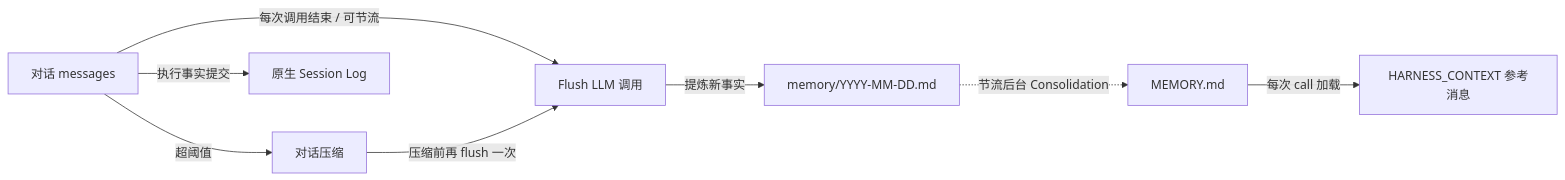
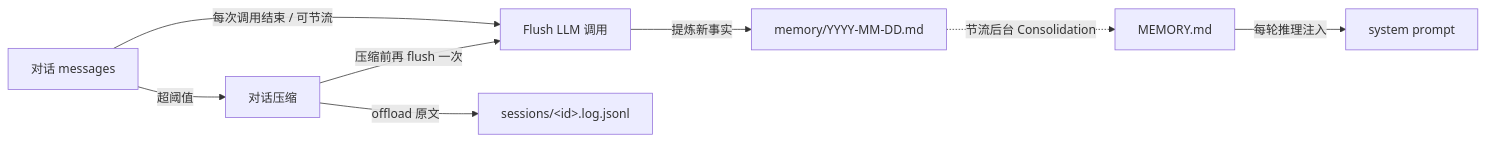
Before and after one commit to agentscope-ai/agentscope-java: the diagram in docs/v2/zh/docs/harness/memory.md, drawn with Mermaid. The commit also changed other lines of this file and 2626 other files, not shown here.

````diff
--- a/docs/v2/zh/docs/harness/memory.md
+++ b/docs/v2/zh/docs/harness/memory.md
@@ -34,11 +34,11 @@
 ```mermaid
 graph LR
     Conv["对话 messages"]
     Conv -->|每次调用结束 / 可节流| Flush["Flush LLM 调用"]
     Flush -->|提炼新事实| Daily["memory/YYYY-MM-DD.md"]
     Conv -->|超阈值| Compactor["对话压缩"]
-    Conv -->|执行事实提交| Sess["原生 Session Log"]
+    Compactor -->|offload 原文| Sess["sessions/&lt;id&gt;.log.jsonl"]
     Compactor -->|压缩前再 flush 一次| Flush
     Daily -. 节流后台 Consolidation .-> MEM["MEMORY.md"]
-    MEM -->|每次 call 加载| SYS["HARNESS_CONTEXT 参考消息"]
+    MEM -->|每轮推理注入| SYS["system prompt"]
 ```
````
